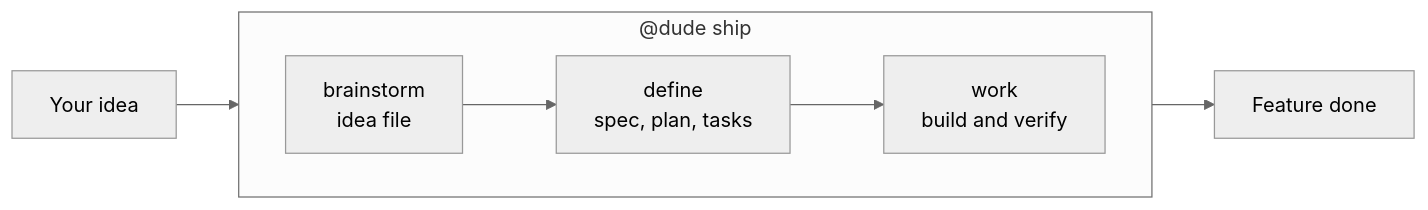
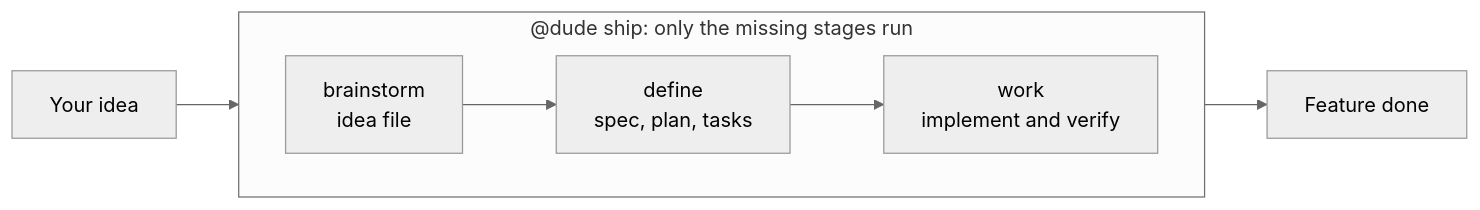
One commit to E-G-C/dude changed the diagram in README.md. Above: the diagram before and after it, drawn with Mermaid (neutral theme). The commit also changed other lines of this file and 4 other files, not shown here.

````diff
--- a/README.md
+++ b/README.md
@@ -19,11 +60,11 @@
 ```mermaid
 flowchart LR
-  YOU["Your idea"]
-  subgraph SHIP["@dude ship"]
+  IDEA["Your idea"]
+  subgraph SHIP["@dude ship: only the missing stages run"]
     direction LR
-    BRAINSTORM["brainstorm<br/>idea file"] --> DEFINE["define<br/>spec, plan, tasks"] --> WORK["work<br/>build and verify"]
+    BRAINSTORM["brainstorm<br/>idea file"] --> DEFINE["define<br/>spec, plan, tasks"] --> WORK["work<br/>implement and verify"]
   end
   DONE["Feature done"]
-  YOU --> BRAINSTORM
+  IDEA --> BRAINSTORM
   WORK --> DONE
 ```
````
